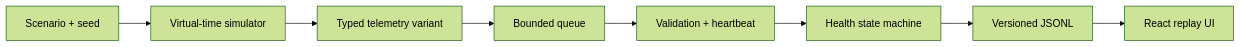
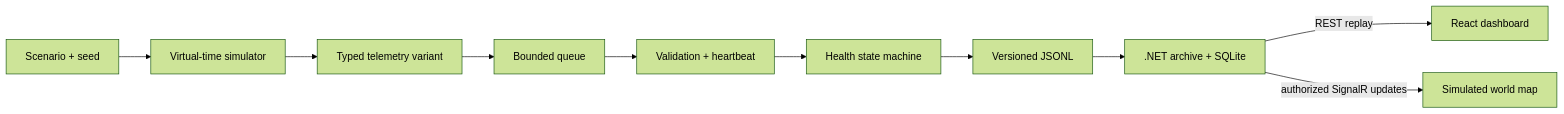
Before and after one commit to dzikidziklasrwie/AeroGuard: the diagram in docs/learning-and-interview-guide.md, drawn with Mermaid (forest theme). The commit also changed other lines of this file and 18 other files, not shown here.

Commit message:
docs: document world map operations

````diff
--- a/docs/learning-and-interview-guide.md
+++ b/docs/learning-and-interview-guide.md
@@ -16,10 +17,12 @@
 ```mermaid
 flowchart LR
     Seed[Scenario + seed] --> Sim[Virtual-time simulator]
     Sim --> Typed[Typed telemetry variant]
     Typed --> Queue[Bounded queue]
     Queue --> Validate[Validation + heartbeat]
     Validate --> FSM[Health state machine]
     FSM --> Log[Versioned JSONL]
-    Log --> UI[React replay UI]
+    Log --> API[.NET archive + SQLite]
+    API -->|REST replay| UI[React dashboard]
+    API -->|authorized SignalR updates| Map[Simulated world map]
 ```
````
